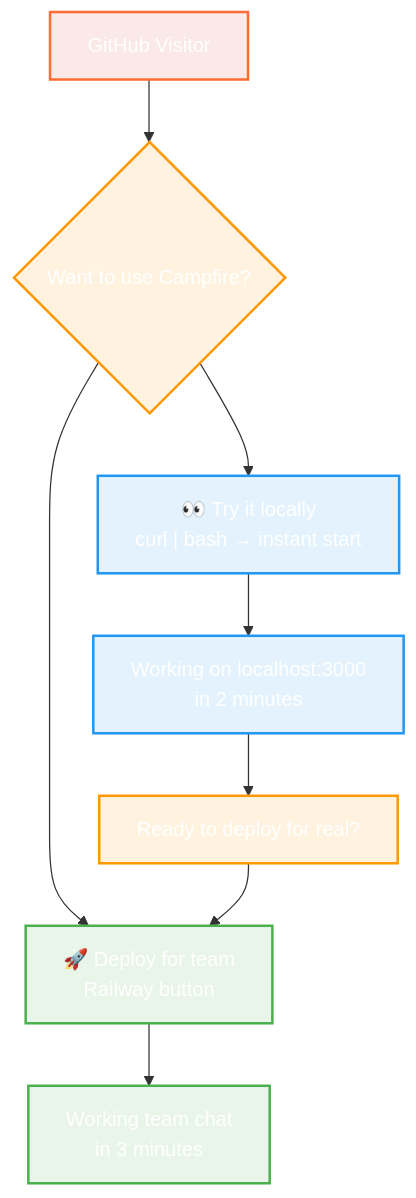
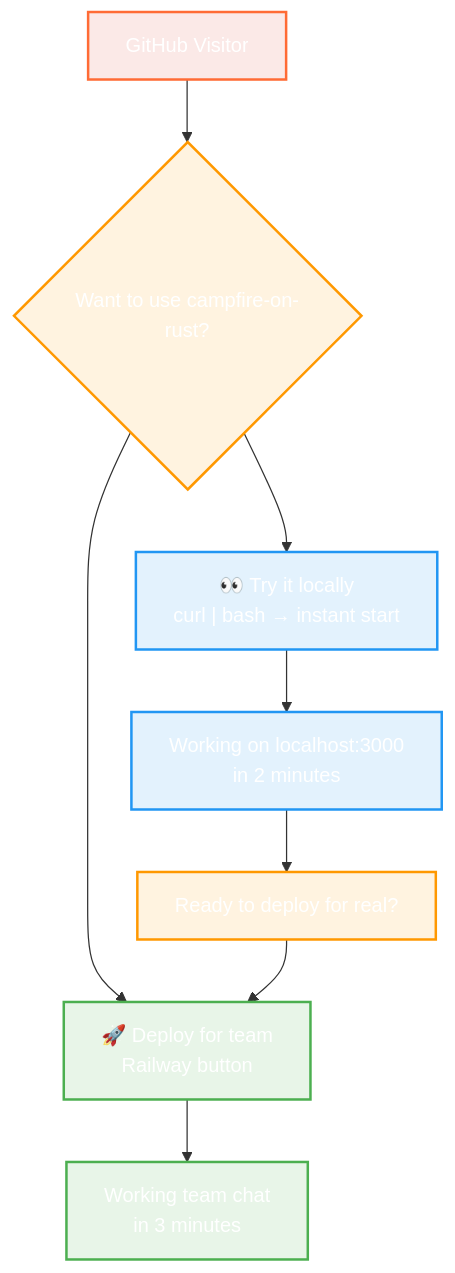
Before and after one commit to that-in-rust/campfire-on-rust: the second of 3 diagrams in .kiro/specs/shreyas-doshi-campfire-gtm/design.md, drawn with Mermaid. The commit also changed other lines of this file and 19 other files, not shown here.

````diff
--- a/.kiro/specs/shreyas-doshi-campfire-gtm/design.md
+++ b/.kiro/specs/shreyas-doshi-campfire-gtm/design.md
@@ -63,24 +63,24 @@
 ```mermaid
 %%{init: {'theme':'base', 'themeVariables': {'primaryColor':'#ff6b35','primaryTextColor':'#ffffff','primaryBorderColor':'#ff6b35','lineColor':'#333333','secondaryColor':'#f4f4f4','tertiaryColor':'#ffffff','background':'#ffffff','mainBkg':'#ff6b35','secondBkg':'#fbe9e7','tertiaryBkg':'#ffffff'}}}%%
 graph TD
-    A["GitHub Visitor"] --> B{Want to use Campfire?}
+    A["GitHub Visitor"] --> B{Want to use campfire-on-rust?}
     
     B --> C["👀 Try it locally<br/>curl | bash → instant start"]
     B --> D["🚀 Deploy for team<br/>Railway button"]
     
     C --> E["Working on localhost:3000<br/>in 2 minutes"]
     D --> F["Working team chat<br/>in 3 minutes"]
     
     E --> G["Ready to deploy for real?"]
     G --> D
     
     classDef visitor fill:#fbe9e7,stroke:#ff6b35,stroke-width:2px
     classDef choice fill:#fff3e0,stroke:#ff9800,stroke-width:2px
     classDef local fill:#e3f2fd,stroke:#2196f3,stroke-width:2px
     classDef deploy fill:#e8f5e8,stroke:#4caf50,stroke-width:2px
     
     class A visitor
     class B,G choice
     class C,E local
     class D,F deploy
 ```
````
